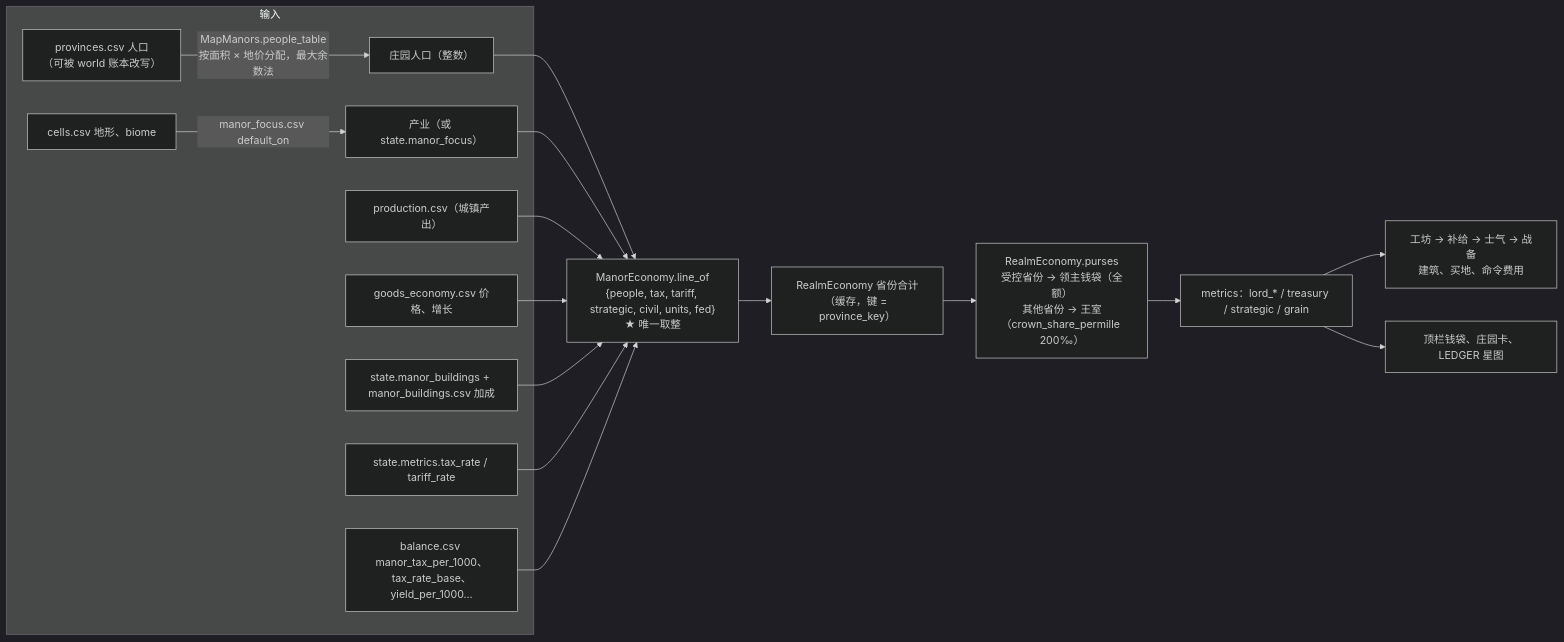
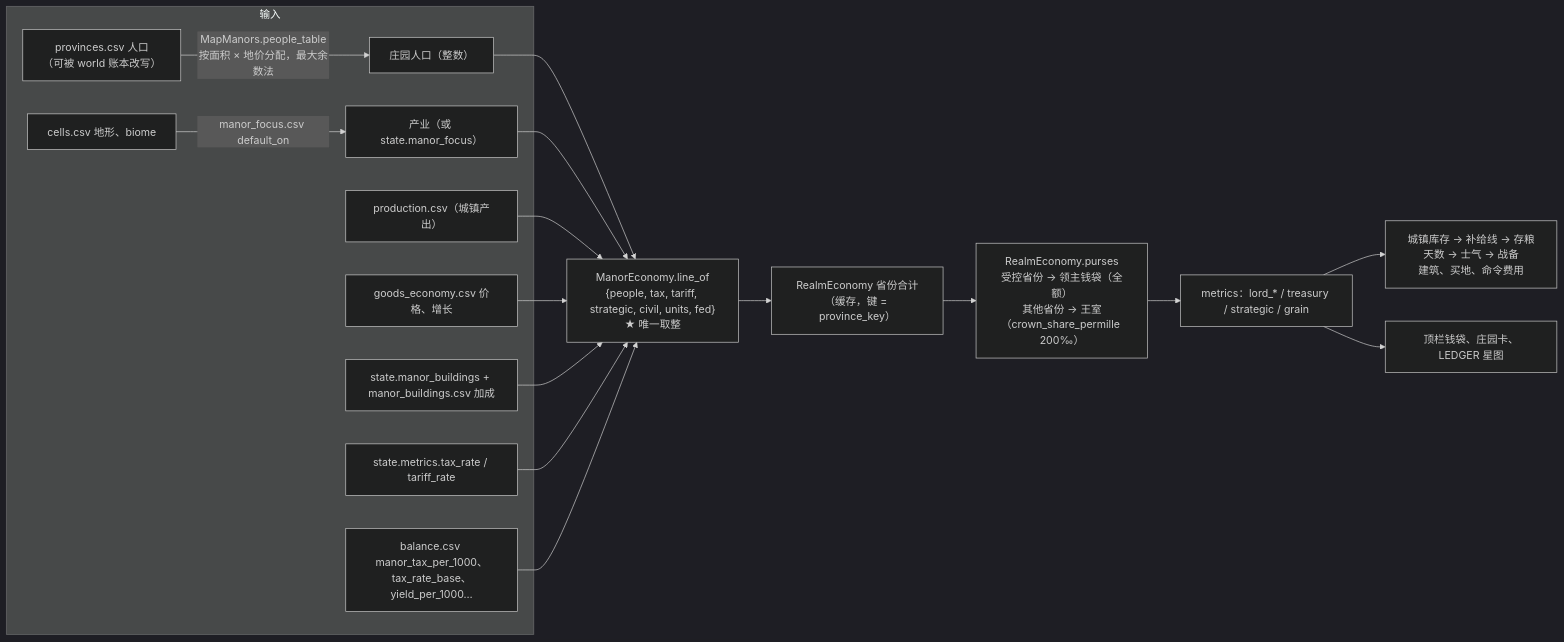
The fifth of 6 diagrams in docs/design/DATA_ARCHITECTURE.md (samuelzhang1201/game_design), drawn with Mermaid (dark theme) before and after one commit. The commit also changed other lines of this file and 8 other files, not shown here.

````diff
--- a/docs/design/DATA_ARCHITECTURE.md
+++ b/docs/design/DATA_ARCHITECTURE.md
@@ -189,18 +192,18 @@
 ```mermaid
 flowchart LR
   subgraph IN["输入"]
     P1["provinces.csv 人口<br/>（可被 world 账本改写）"] -->|"MapManors.people_table<br/>按面积 × 地价分配，最大余数法"| PPL["庄园人口（整数）"]
     CELL["cells.csv 地形、biome"] -->|"manor_focus.csv default_on"| FOC["产业（或 state.manor_focus）"]
     PROD["production.csv（城镇产出）"]
     GE["goods_economy.csv 价格、增长"]
     BLD["state.manor_buildings + manor_buildings.csv 加成"]
     RATE["state.metrics.tax_rate / tariff_rate"]
     BAL["balance.csv manor_tax_per_1000、tax_rate_base、yield_per_1000…"]
   end
   PPL & FOC & PROD & GE & BLD & RATE & BAL --> LINE["ManorEconomy.line_of<br/>{people, tax, tariff, strategic, civil, units, fed}<br/>★ 唯一取整"]
   LINE --> PROV["RealmEconomy 省份合计<br/>（缓存，键 = province_key）"]
   PROV --> PURSE["RealmEconomy.purses<br/>受控省份 → 领主钱袋（全额）<br/>其他省份 → 王室（crown_share_permille 200‰）"]
   PURSE --> MET["metrics：lord_* / treasury / strategic / grain"]
-  MET --> DOWN["工坊 → 补给 → 士气 → 战备<br/>建筑、买地、命令费用"]
+  MET --> DOWN["城镇库存 → 补给线 → 存粮天数 → 士气 → 战备<br/>建筑、买地、命令费用"]
   MET --> UI2["顶栏钱袋、庄园卡、LEDGER 星图"]
 ```
````
